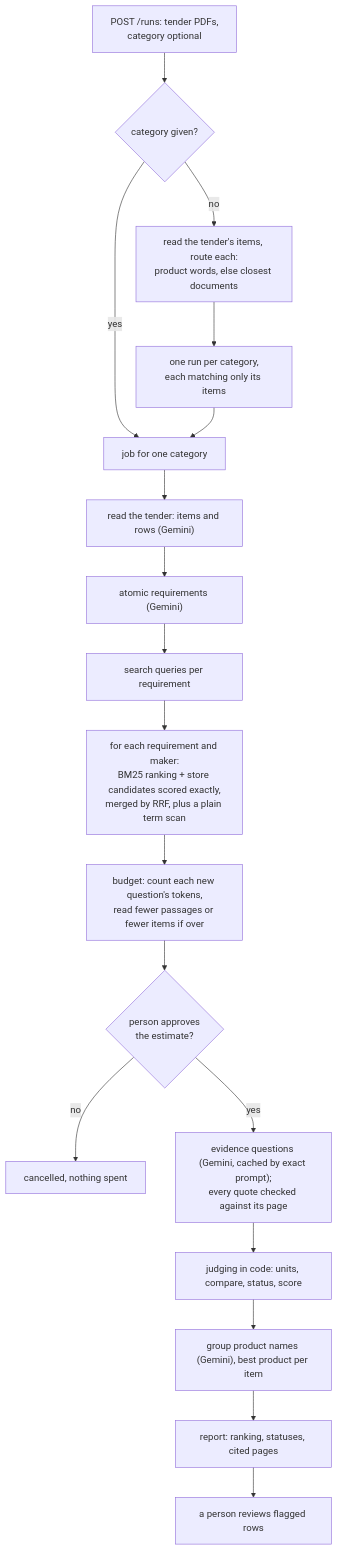
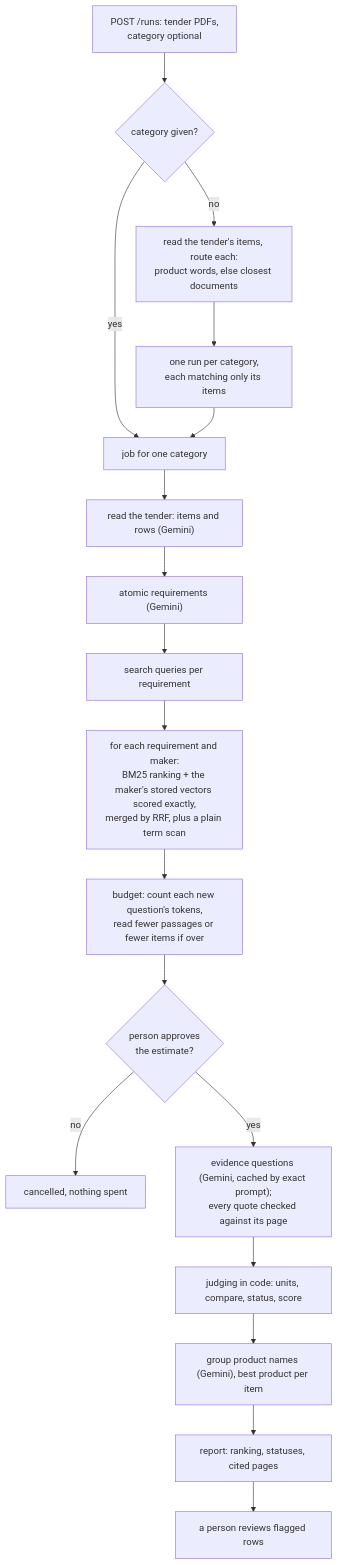
Before and after one commit to Shrau1711/tender-requirement-matcher: the third of 3 diagrams in docs/architecture.md, drawn with Mermaid. The commit also changed other lines of this file and 7 other files, not shown here.

````diff
--- a/docs/architecture.md
+++ b/docs/architecture.md
@@ -86,20 +86,20 @@
 ```mermaid
 flowchart TD
     UP["POST /runs: tender PDFs,<br/>category optional"] --> CATQ{"category given?"}
     CATQ -->|yes| JOB
     CATQ -->|no| RT["read the tender's items, route each:<br/>product words, else closest documents"]
     RT --> SPLIT["one run per category,<br/>each matching only its items"]
     SPLIT --> JOB["job for one category"]
     JOB --> TR["read the tender: items and rows (Gemini)"]
     TR --> AT["atomic requirements (Gemini)"]
     AT --> Q["search queries per requirement"]
-    Q --> S["for each requirement and maker:<br/>BM25 ranking + store candidates scored exactly,<br/>merged by RRF, plus a plain term scan"]
+    Q --> S["for each requirement and maker:<br/>BM25 ranking + the maker's stored vectors scored exactly,<br/>merged by RRF, plus a plain term scan"]
     S --> B["budget: count each new question's tokens,<br/>read fewer passages or fewer items if over"]
     B --> E{"person approves<br/>the estimate?"}
     E -->|no| STOP["cancelled, nothing spent"]
     E -->|yes| EV["evidence questions (Gemini, cached by exact prompt);<br/>every quote checked against its page"]
     EV --> J["judging in code: units, compare, status, score"]
     J --> P["group product names (Gemini), best product per item"]
     P --> R["report: ranking, statuses, cited pages"]
     R --> RV["a person reviews flagged rows"]
 ```
````
